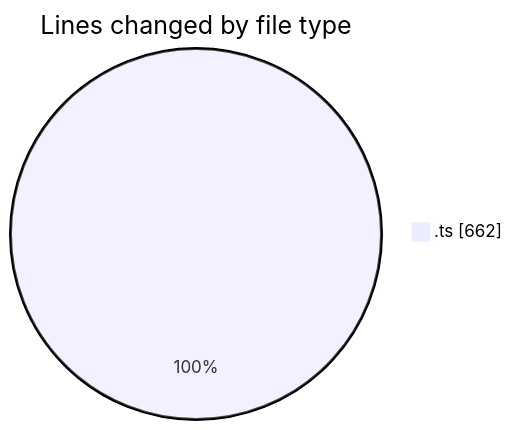
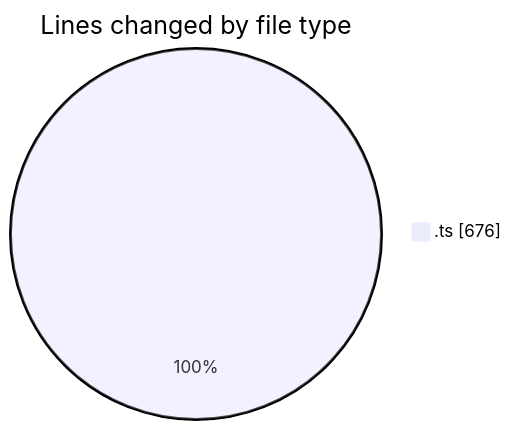
The first of 2 diagrams in 2025-06-26/cda/README.md (momahboobian/code-tracking), drawn with Mermaid before and after one commit. The commit also changed other lines of this file and 1 other file, not shown here.

````diff
--- a/2025-06-26/cda/README.md
+++ b/2025-06-26/cda/README.md
@@ -20,5 +20,5 @@
 ```mermaid
 pie showData
 title Lines changed by file type
-".ts" : 662
+".ts" : 676
 ```
````
